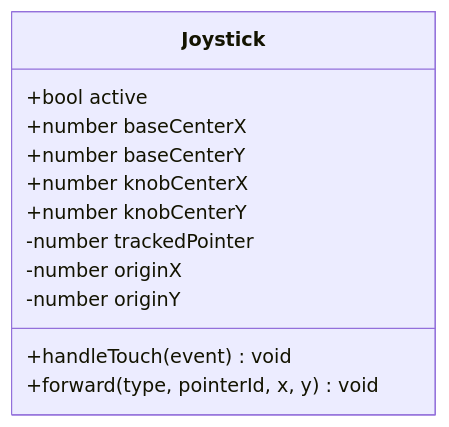
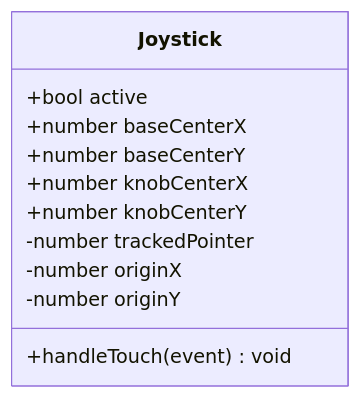
The fourth of 8 diagrams in .qoder/repowiki/zh/content/前端界面系统/UI 组件系统/CombatControls 战斗控制组件.md (sj123sheng/my-world), drawn with Mermaid before and after one commit. The commit also changed other lines of this file and 28 other files, not shown here.

````diff
--- a/.qoder/repowiki/zh/content/前端界面系统/UI 组件系统/CombatControls 战斗控制组件.md
+++ b/.qoder/repowiki/zh/content/前端界面系统/UI 组件系统/CombatControls 战斗控制组件.md
@@ -224,15 +219,14 @@
 ```mermaid
 classDiagram
 class Joystick {
 +bool active
 +number baseCenterX
 +number baseCenterY
 +number knobCenterX
 +number knobCenterY
 -number trackedPointer
 -number originX
 -number originY
 +handleTouch(event) void
-+forward(type, pointerId, x, y) void
 }
 ```
````
